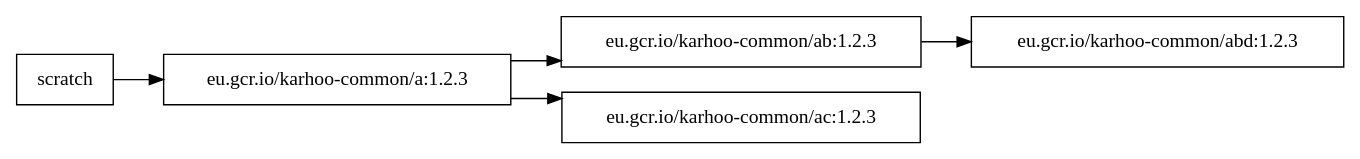
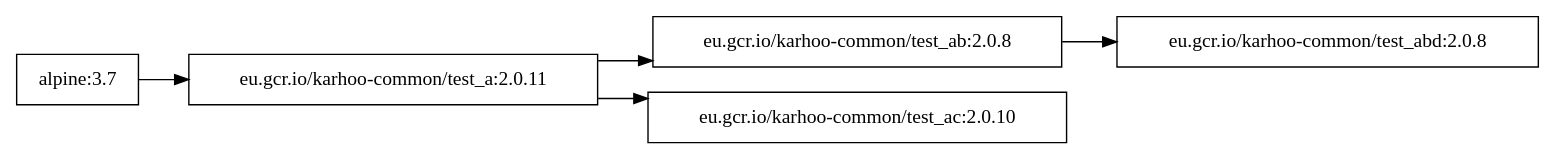
The diagram in graph.dot (lhopki01/docker-chain-builder), drawn with Graphviz before and after one commit. The commit also changed 10 other files, not shown here.

```diff
--- a/graph.dot
+++ b/graph.dot
@@ -1,9 +1,9 @@
 digraph G {
-node [shape=rectangle];
-rankdir=LR;
-splines=ortho;
-  "scratch" -> "eu.gcr.io/karhoo-common/a:1.2.3";
-  "eu.gcr.io/karhoo-common/a:1.2.3" -> "eu.gcr.io/karhoo-common/ab:1.2.3";
-  "eu.gcr.io/karhoo-common/ab:1.2.3" -> "eu.gcr.io/karhoo-common/abd:1.2.3";
-  "eu.gcr.io/karhoo-common/a:1.2.3" -> "eu.gcr.io/karhoo-common/ac:1.2.3";
+  node [shape=rectangle];
+  rankdir=LR;
+  splines=ortho;
+  "eu.gcr.io/karhoo-common/test_ab:2.0.8" -> "eu.gcr.io/karhoo-common/test_abd:2.0.8";
+  "eu.gcr.io/karhoo-common/test_a:2.0.11" -> "eu.gcr.io/karhoo-common/test_ac:2.0.10";
+  "alpine:3.7" -> "eu.gcr.io/karhoo-common/test_a:2.0.11";
+  "eu.gcr.io/karhoo-common/test_a:2.0.11" -> "eu.gcr.io/karhoo-common/test_ab:2.0.8";
 }
```
